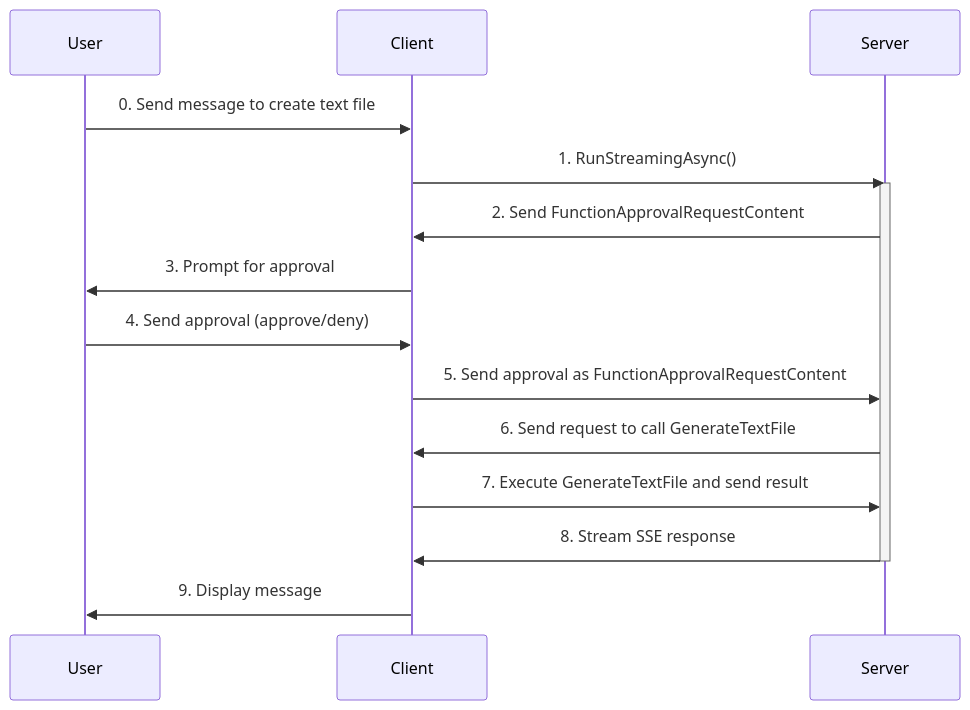
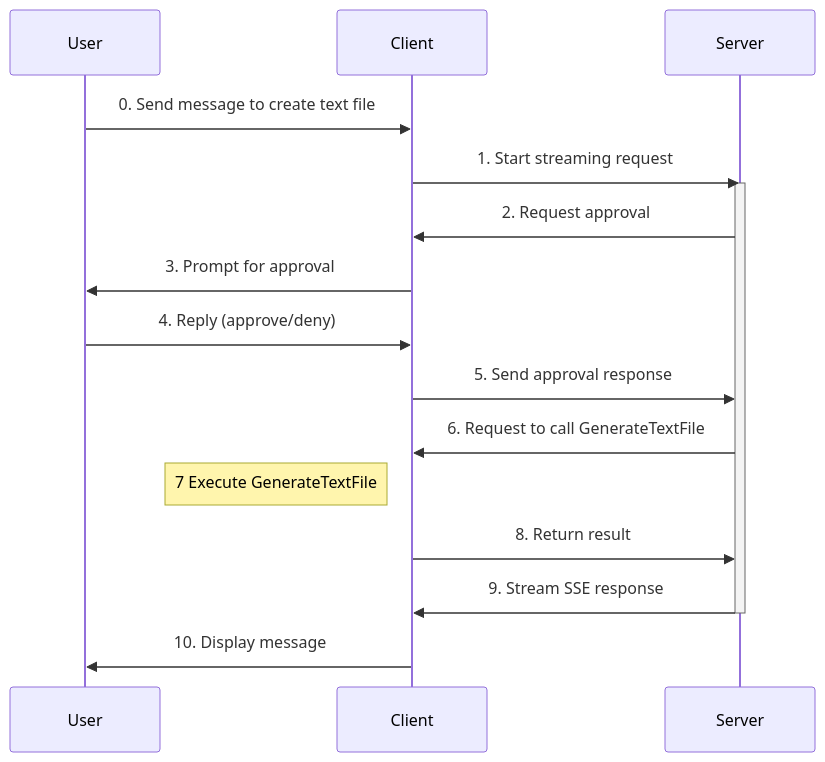
The diagram in Workshop/4. Human-in-the-Loop/README.md (jasmin-software/dotnet_agui_workshop), drawn with Mermaid before and after one commit. The commit also changed other lines of this file and 1 other file, not shown here.

````diff
--- a/Workshop/4. Human-in-the-Loop/README.md
+++ b/Workshop/4. Human-in-the-Loop/README.md
@@ -112,15 +114,16 @@
 ```mermaid
 sequenceDiagram;
    User->>Client:   0. Send message to create text file
-   Client->>Server: 1. RunStreamingAsync()
+   Client->>Server: 1. Start streaming request
    activate Server
-   Server->>Client: 2. Send FunctionApprovalRequestContent
+   Server->>Client: 2. Request approval
    Client->>User: 3. Prompt for approval
-   User->>Client: 4. Send approval (approve/deny)
-   Client->>Server: 5. Send approval as FunctionApprovalRequestContent 
-   Server->>Client: 6. Send request to call GenerateTextFile
-   Client->>Server: 7. Execute GenerateTextFile and send result
-   Server->>Client: 8. Stream SSE response
+   User->>Client: 4. Reply (approve/deny)
+   Client->>Server: 5. Send approval response
+   Server->>Client: 6. Request to call GenerateTextFile
+   Note left of Client: 7 Execute GenerateTextFile
+   Client->>Server: 8. Return result
+   Server->>Client: 9. Stream SSE response
    deactivate Server
-   Client->>User: 9. Display message
+   Client->>User: 10. Display message
 ```
````
